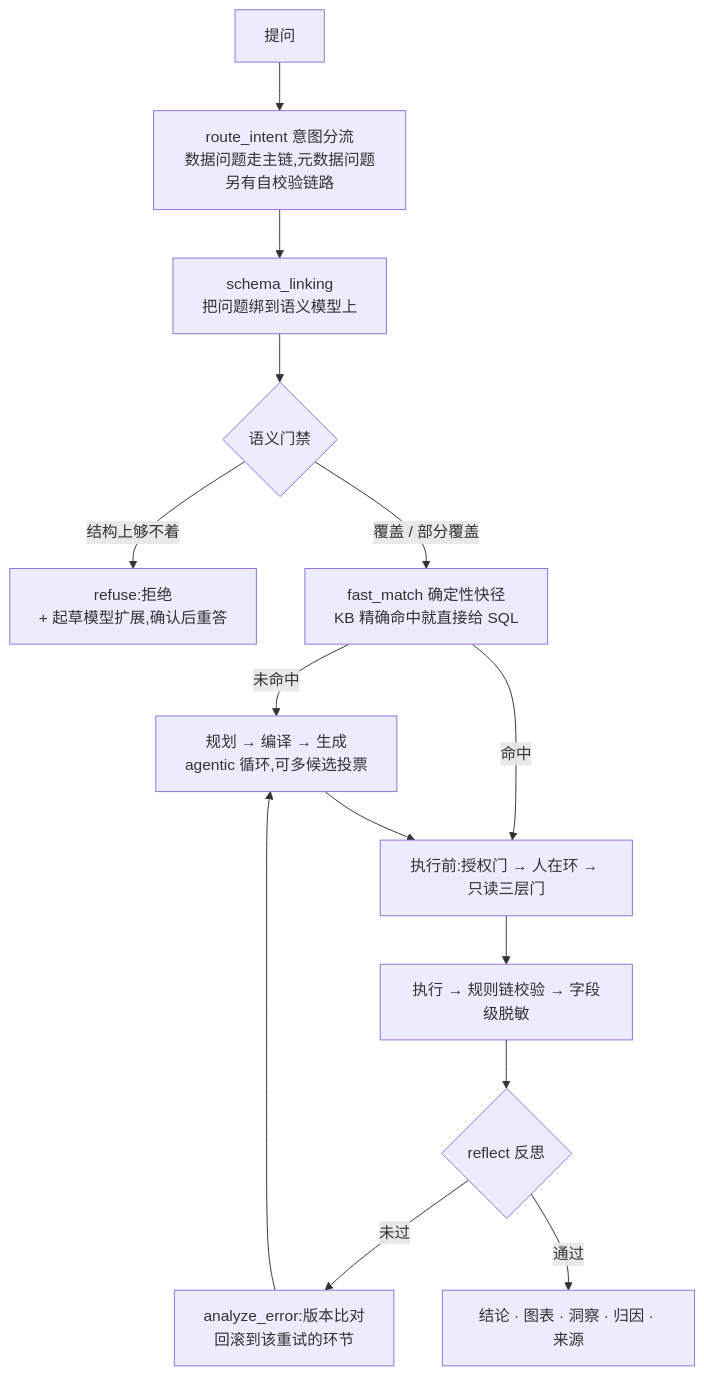
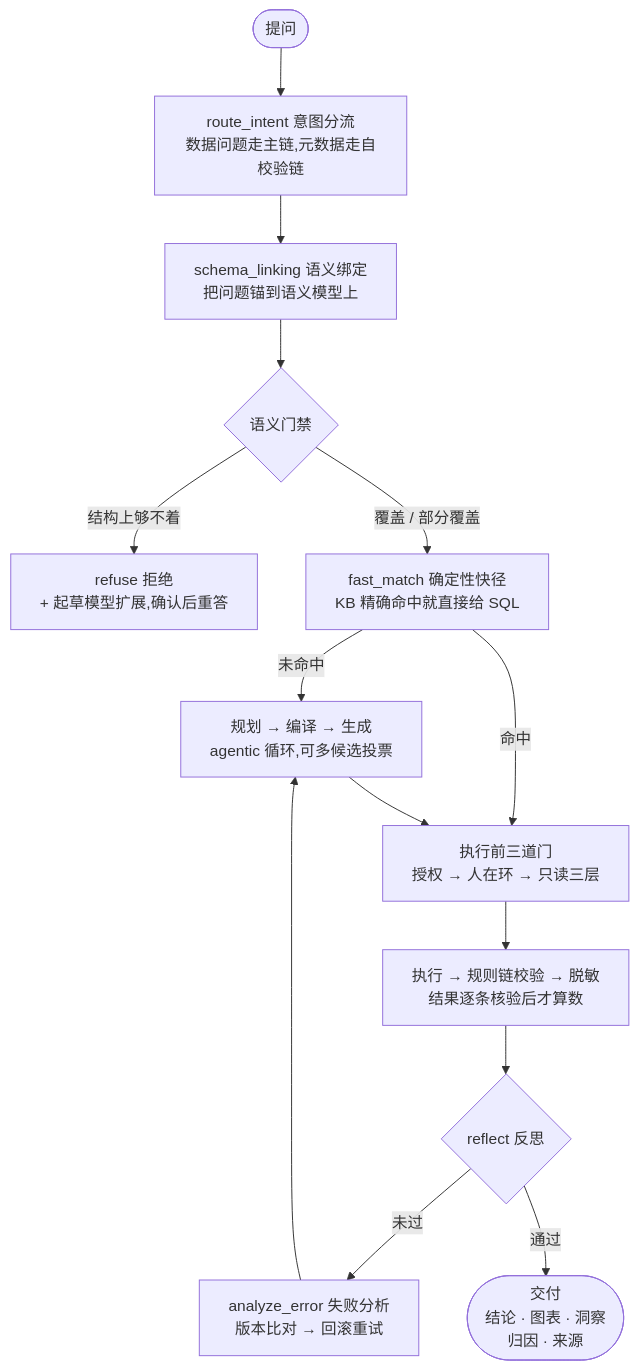
Before and after one commit to Nivane/trove: the second of 3 diagrams in README.md, drawn with Mermaid. The commit also changed other lines of this file and 4 other files, not shown here.

First line of the commit message:
docs(diagrams): README 与架构页 mermaid 重排——去跨带连线、等高框、去孤字

````diff
--- a/README.md
+++ b/README.md
@@ -82,16 +83,16 @@
 ```mermaid
 flowchart TB
-    Q["提问"] --> ROUTE["route_intent 意图分流<br/>数据问题走主链,元数据问题另有自校验链路"]
-    ROUTE --> SL["schema_linking<br/>把问题绑到语义模型上"]
+    Q(["提问"]) --> ROUTE["route_intent 意图分流<br/>数据问题走主链,元数据走自校验链"]
+    ROUTE --> SL["schema_linking 语义绑定<br/>把问题锚到语义模型上"]
     SL --> GATE{"语义门禁"}
-    GATE -->|"结构上够不着"| REFUSE["refuse:拒绝<br/>+ 起草模型扩展,确认后重答"]
+    GATE -->|"结构上够不着"| REFUSE["refuse 拒绝<br/>+ 起草模型扩展,确认后重答"]
     GATE -->|"覆盖 / 部分覆盖"| FAST["fast_match 确定性快径<br/>KB 精确命中就直接给 SQL"]
     FAST -->|"未命中"| GEN["规划 → 编译 → 生成<br/>agentic 循环,可多候选投票"]
-    FAST -->|"命中"| EXEC
-    GEN --> EXEC["执行前:授权门 → 人在环 → 只读三层门"]
-    EXEC --> VAL["执行 → 规则链校验 → 字段级脱敏"]
+    FAST -->|"命中"| EXEC["执行前三道门<br/>授权 → 人在环 → 只读三层"]
+    GEN --> EXEC
+    EXEC --> VAL["执行 → 规则链校验 → 脱敏<br/>结果逐条核验后才算数"]
     VAL --> RE{"reflect 反思"}
-    RE -->|"未过"| RB["analyze_error:版本比对<br/>回滚到该重试的环节"]
+    RE -->|"未过"| RB["analyze_error 失败分析<br/>版本比对 → 回滚重试"]
     RB --> GEN
-    RE -->|"通过"| OUT["结论 · 图表 · 洞察 · 归因 · 来源"]
+    RE -->|"通过"| OUT(["交付<br/>结论 · 图表 · 洞察<br/>归因 · 来源"])
 ```
````
